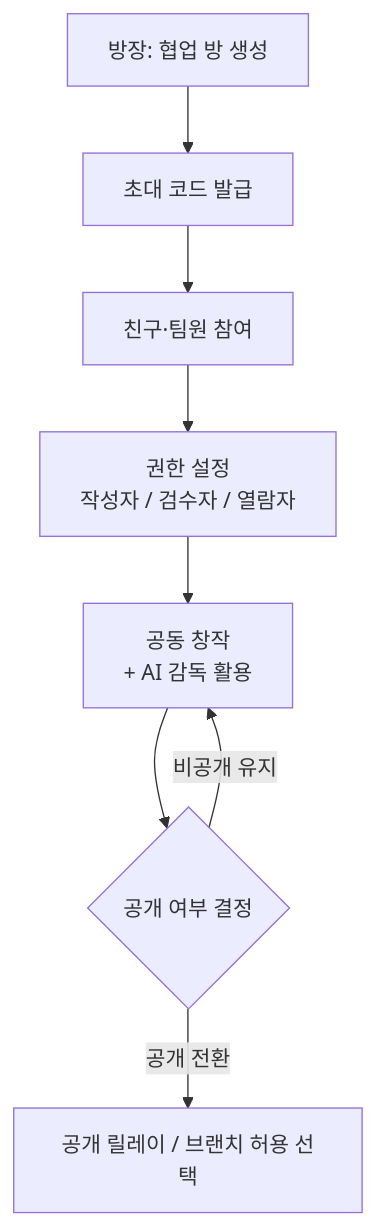
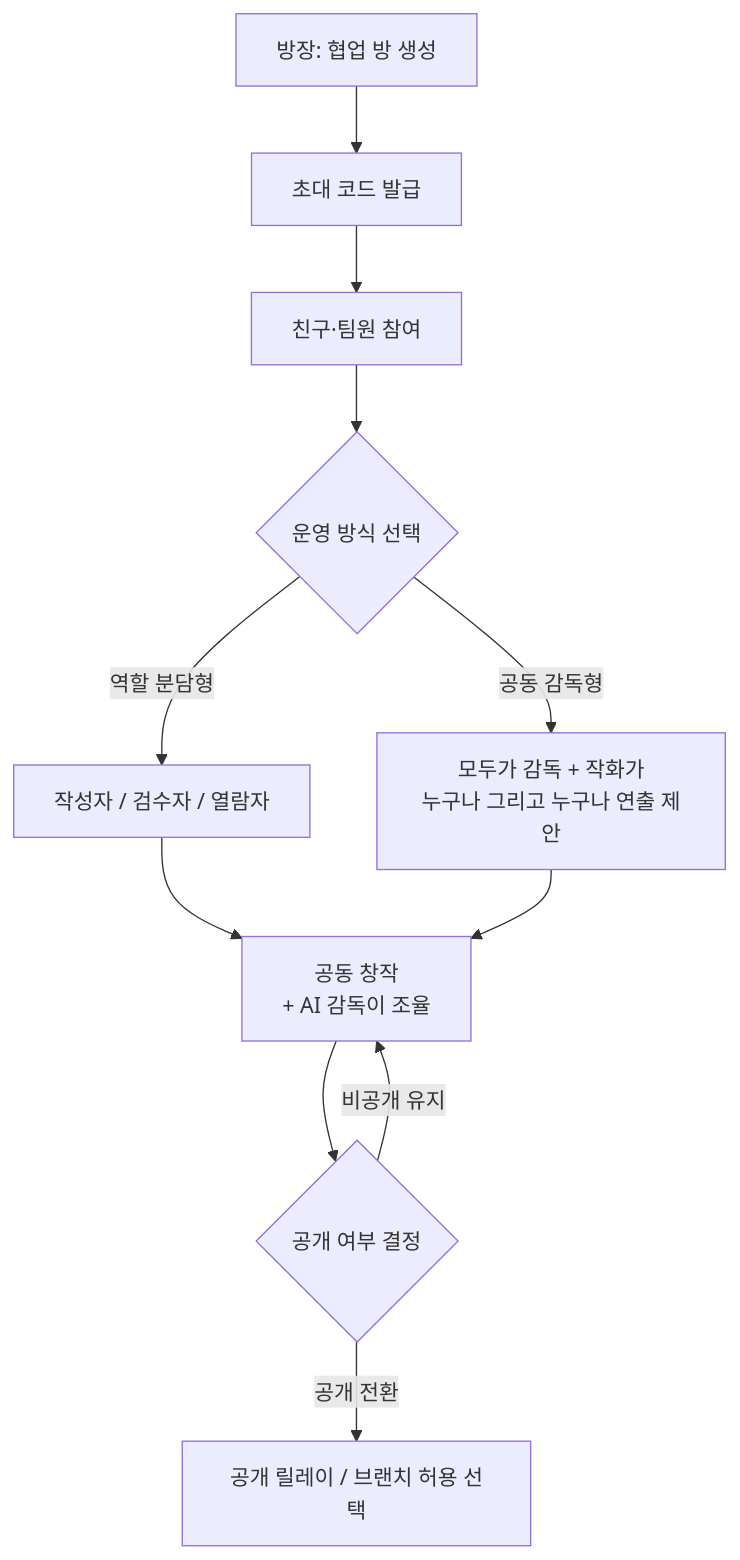
The sixth of 11 diagrams in README.md (funjo-B/relay_toon), drawn with Mermaid before and after one commit. The commit also changed other lines of this file and 2 other files, not shown here.

````diff
--- a/README.md
+++ b/README.md
@@ -187,10 +206,13 @@
 ```mermaid
 flowchart TD
     A[방장: 협업 방 생성] --> B[초대 코드 발급]
     B --> C[친구·팀원 참여]
-    C --> D[권한 설정<br/>작성자 / 검수자 / 열람자]
-    D --> E[공동 창작<br/>+ AI 감독 활용]
+    C --> D{운영 방식 선택}
+    D -->|역할 분담형| D1[작성자 / 검수자 / 열람자]
+    D -->|공동 감독형| D2[모두가 감독 + 작화가<br/>누구나 그리고 누구나 연출 제안]
+    D1 --> E[공동 창작<br/>+ AI 감독이 조율]
+    D2 --> E
     E --> F{공개 여부 결정}
     F -->|비공개 유지| E
     F -->|공개 전환| G[공개 릴레이 / 브랜치 허용 선택]
 ```
````
